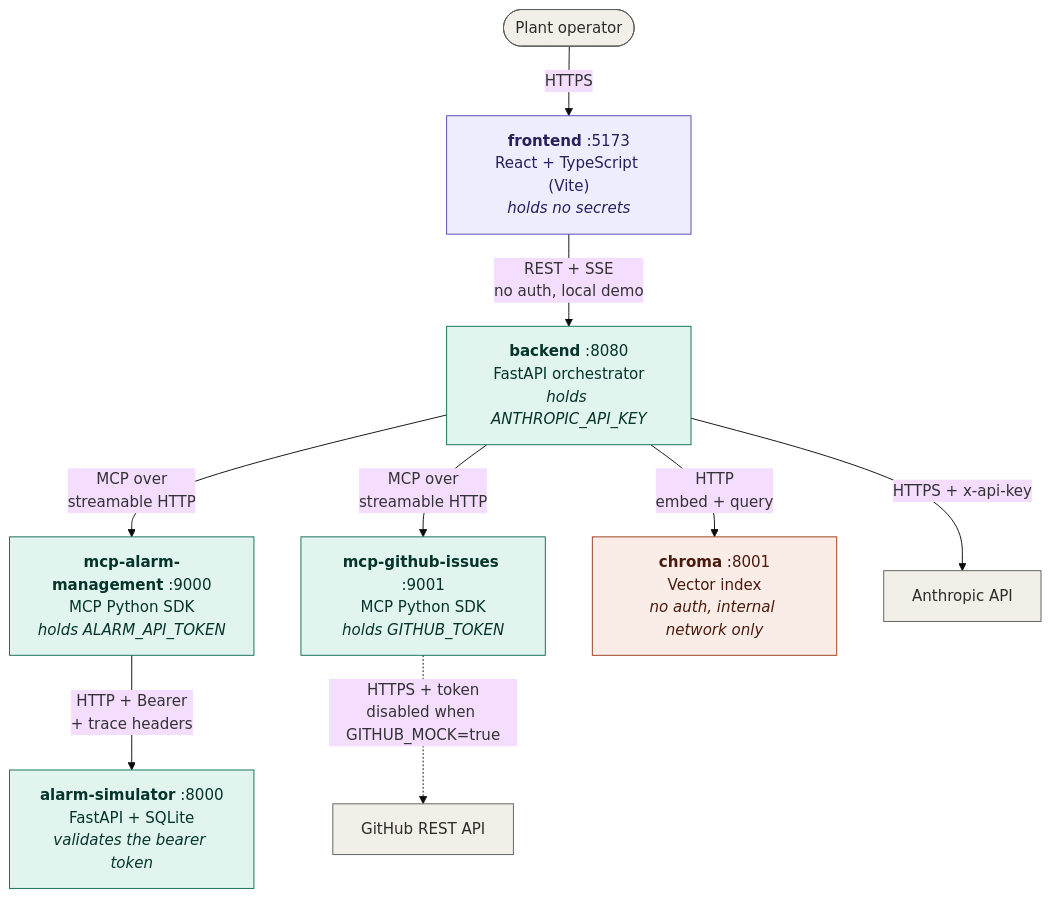
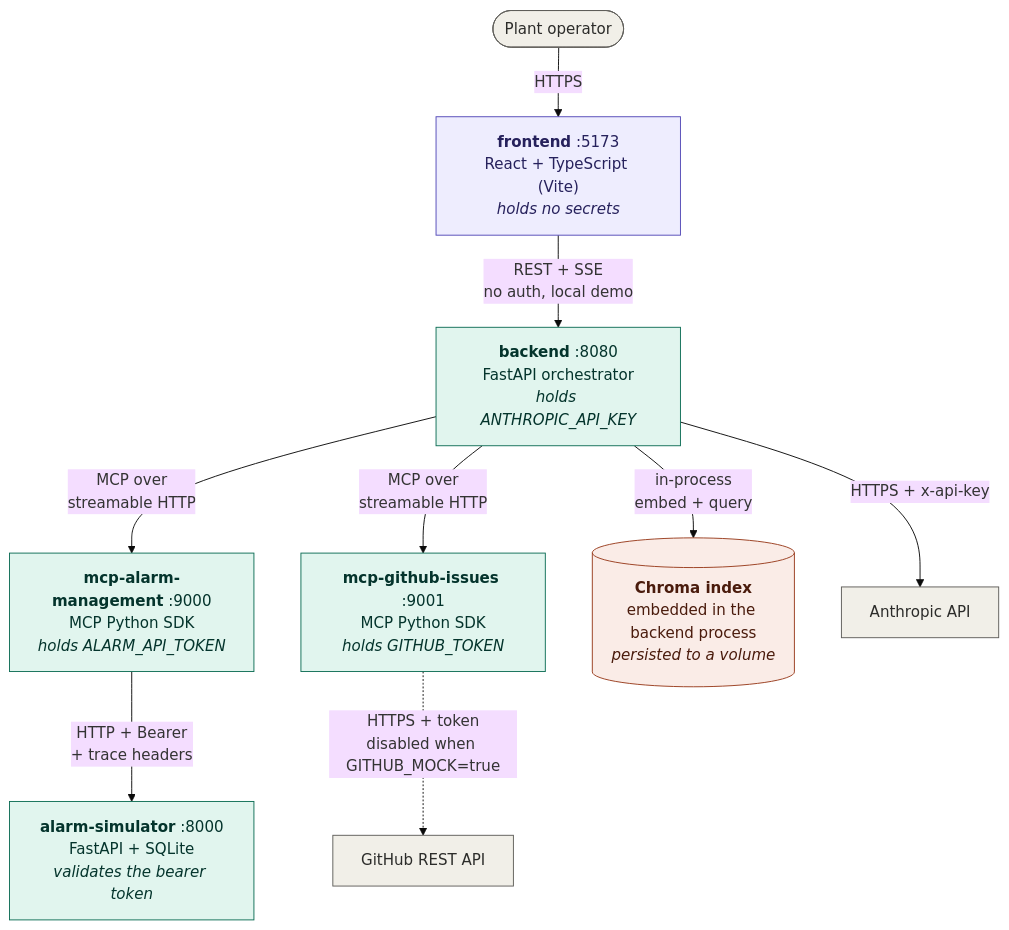
Before and after one commit to kunwarvivekpratapsingh/senior-copilot-mcp-rag-assignment: the diagram in docs/diagrams/c2-container.mmd, drawn with Mermaid (base theme). The commit also changed 14 other files, not shown here.

```diff
--- a/docs/diagrams/c2-container.mmd
+++ b/docs/diagrams/c2-container.mmd
@@ -1,33 +1,34 @@
 %% C4 Level 2 — Container view.
-%% The six deployable units, the protocol on every hop, and which process
-%% holds which secret.
+%% The five deployable units, the protocol on every hop, and which process
+%% holds which secret. The vector index is not a container: it runs embedded
+%% inside the backend process (DD-07).
 flowchart TB
     operator(["Plant operator"])
 
     frontend["<b>frontend</b> :5173<br/>React + TypeScript (Vite)<br/><i>holds no secrets</i>"]
     backendc["<b>backend</b> :8080<br/>FastAPI orchestrator<br/><i>holds ANTHROPIC_API_KEY</i>"]
     alarmmcpc["<b>mcp-alarm-management</b> :9000<br/>MCP Python SDK<br/><i>holds ALARM_API_TOKEN</i>"]
     githubmcpc["<b>mcp-github-issues</b> :9001<br/>MCP Python SDK<br/><i>holds GITHUB_TOKEN</i>"]
     simc["<b>alarm-simulator</b> :8000<br/>FastAPI + SQLite<br/><i>validates the bearer token</i>"]
-    chromac["<b>chroma</b> :8001<br/>Vector index<br/><i>no auth, internal network only</i>"]
+    chromac[("<b>Chroma index</b><br/>embedded in the backend process<br/><i>persisted to a volume</i>")]
 
     anthropic["Anthropic API"]
 
     operator -->|"HTTPS"| frontend
     frontend -->|"REST + SSE<br/>no auth, local demo"| backendc
     backendc -->|"MCP over<br/>streamable HTTP"| alarmmcpc
     backendc -->|"MCP over<br/>streamable HTTP"| githubmcpc
-    backendc -->|"HTTP<br/>embed + query"| chromac
+    backendc -->|"in-process<br/>embed + query"| chromac
     backendc -->|"HTTPS + x-api-key"| anthropic
     alarmmcpc -->|"HTTP + Bearer<br/>+ trace headers"| simc
     githubmcpc -.->|"HTTPS + token<br/>disabled when GITHUB_MOCK=true"| gh["GitHub REST API"]
 
     classDef ui fill:#EEEDFE,stroke:#534AB7,color:#26215C
     classDef svc fill:#E1F5EE,stroke:#0F6E56,color:#04342C
     classDef data fill:#FAECE7,stroke:#993C1D,color:#4A1B0C
     classDef ext fill:#F1EFE8,stroke:#5F5E5A,color:#2C2C2A
 
     class frontend ui
     class backendc,alarmmcpc,githubmcpc,simc svc
     class chromac data
     class anthropic,gh,operator ext
```
